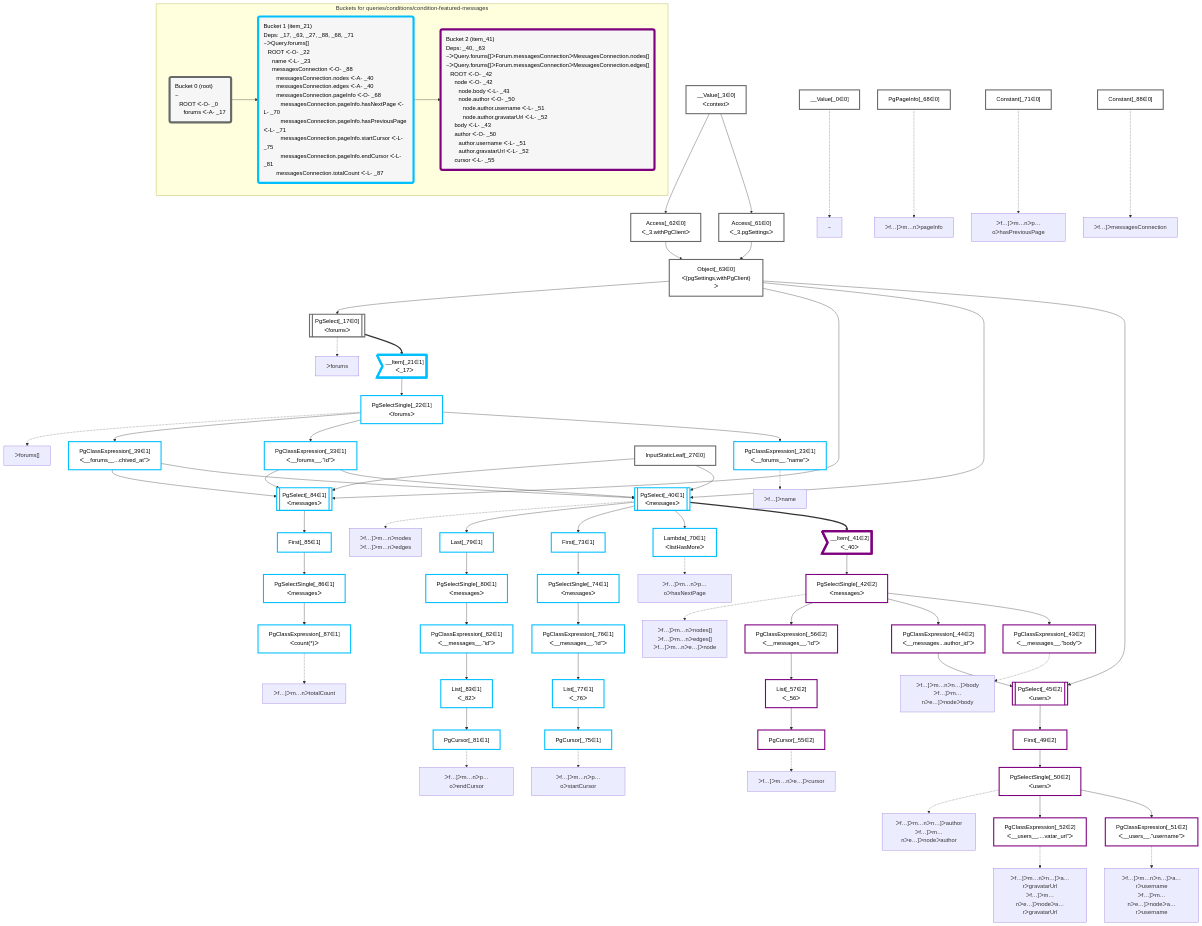
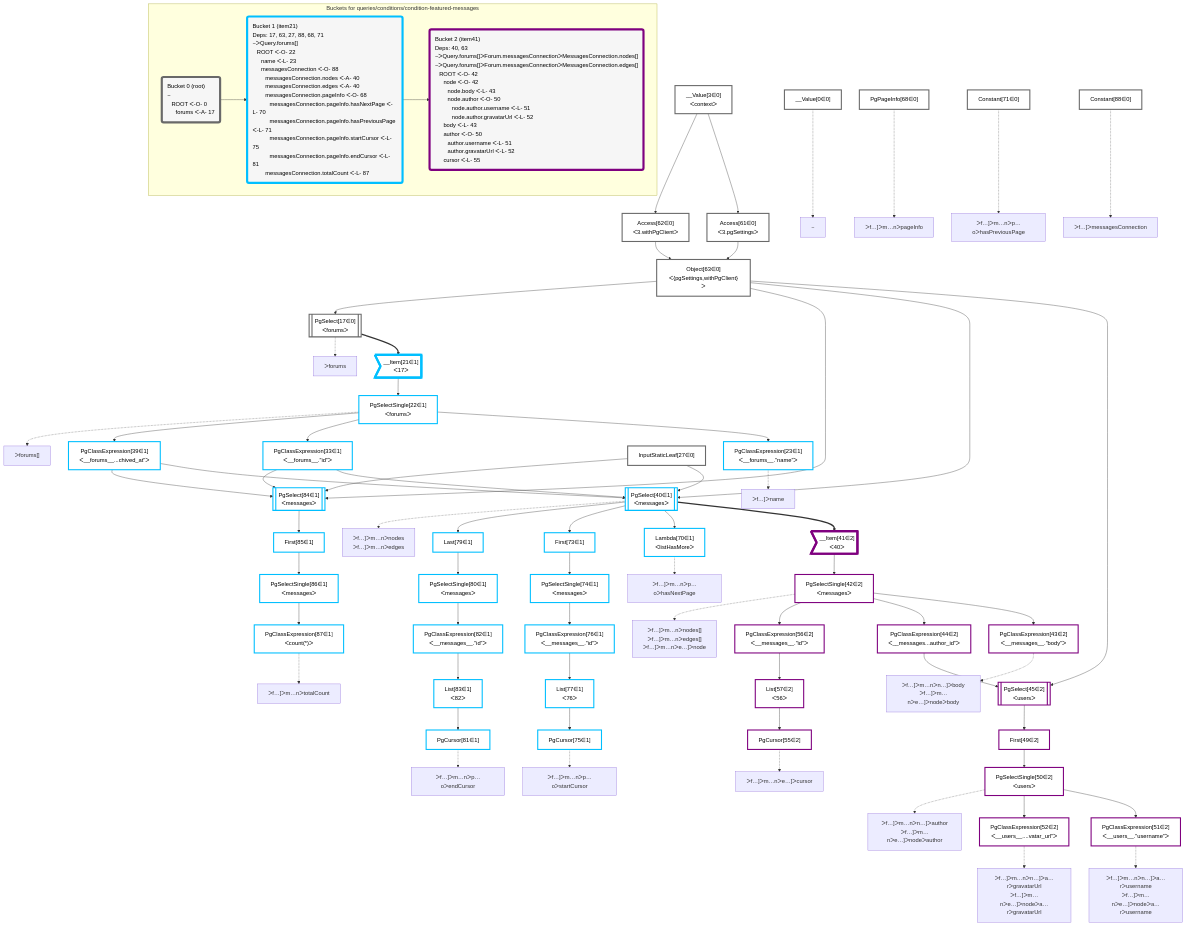
Before and after one commit to graphile/crystal: the diagram in packages/dataplan-pg/__tests__/queries/conditions/condition-featured-messages.deopt.mermaid.md, drawn with Mermaid. The commit also changed 195 other files, not shown here.

```diff
--- a/packages/dataplan-pg/__tests__/queries/conditions/condition-featured-messages.deopt.mermaid.md
+++ b/packages/dataplan-pg/__tests__/queries/conditions/condition-featured-messages.deopt.mermaid.md
@@ -8,137 +8,137 @@
 
 
     %% define plans
-    __Value_0["__Value[_0∈0]"]:::plan
-    PgClassExpression_23["PgClassExpression[_23∈1]<br />ᐸ__forums__.”name”ᐳ"]:::plan
-    PgClassExpression_43["PgClassExpression[_43∈2]<br />ᐸ__messages__.”body”ᐳ"]:::plan
-    PgClassExpression_51["PgClassExpression[_51∈2]<br />ᐸ__users__.”username”ᐳ"]:::plan
-    PgClassExpression_52["PgClassExpression[_52∈2]<br />ᐸ__users__....vatar_url”ᐳ"]:::plan
-    PgSelectSingle_50["PgSelectSingle[_50∈2]<br />ᐸusersᐳ"]:::plan
-    First_49["First[_49∈2]"]:::plan
-    PgSelect_45[["PgSelect[_45∈2]<br />ᐸusersᐳ"]]:::plan
-    PgClassExpression_44["PgClassExpression[_44∈2]<br />ᐸ__messages...author_id”ᐳ"]:::plan
-    PgCursor_55["PgCursor[_55∈2]"]:::plan
-    List_57["List[_57∈2]<br />ᐸ_56ᐳ"]:::plan
-    PgClassExpression_56["PgClassExpression[_56∈2]<br />ᐸ__messages__.”id”ᐳ"]:::plan
-    PgSelectSingle_42["PgSelectSingle[_42∈2]<br />ᐸmessagesᐳ"]:::plan
-    __Item_41>"__Item[_41∈2]<br />ᐸ_40ᐳ"]:::itemplan
-    Lambda_70["Lambda[_70∈1]<br />ᐸlistHasMoreᐳ"]:::plan
-    PgCursor_75["PgCursor[_75∈1]"]:::plan
-    List_77["List[_77∈1]<br />ᐸ_76ᐳ"]:::plan
-    PgClassExpression_76["PgClassExpression[_76∈1]<br />ᐸ__messages__.”id”ᐳ"]:::plan
-    PgSelectSingle_74["PgSelectSingle[_74∈1]<br />ᐸmessagesᐳ"]:::plan
-    First_73["First[_73∈1]"]:::plan
-    PgCursor_81["PgCursor[_81∈1]"]:::plan
-    List_83["List[_83∈1]<br />ᐸ_82ᐳ"]:::plan
-    PgClassExpression_82["PgClassExpression[_82∈1]<br />ᐸ__messages__.”id”ᐳ"]:::plan
-    PgSelectSingle_80["PgSelectSingle[_80∈1]<br />ᐸmessagesᐳ"]:::plan
-    Last_79["Last[_79∈1]"]:::plan
-    PgSelect_40[["PgSelect[_40∈1]<br />ᐸmessagesᐳ"]]:::plan
-    PgClassExpression_87["PgClassExpression[_87∈1]<br />ᐸcount(*)ᐳ"]:::plan
-    PgSelectSingle_86["PgSelectSingle[_86∈1]<br />ᐸmessagesᐳ"]:::plan
-    First_85["First[_85∈1]"]:::plan
-    PgSelect_84[["PgSelect[_84∈1]<br />ᐸmessagesᐳ"]]:::plan
-    PgClassExpression_33["PgClassExpression[_33∈1]<br />ᐸ__forums__.”id”ᐳ"]:::plan
-    PgClassExpression_39["PgClassExpression[_39∈1]<br />ᐸ__forums__...chived_at”ᐳ"]:::plan
-    PgSelectSingle_22["PgSelectSingle[_22∈1]<br />ᐸforumsᐳ"]:::plan
-    __Item_21>"__Item[_21∈1]<br />ᐸ_17ᐳ"]:::itemplan
-    PgSelect_17[["PgSelect[_17∈0]<br />ᐸforumsᐳ"]]:::plan
-    Object_63["Object[_63∈0]<br />ᐸ{pgSettings,withPgClient}ᐳ"]:::plan
-    Access_61["Access[_61∈0]<br />ᐸ_3.pgSettingsᐳ"]:::plan
-    Access_62["Access[_62∈0]<br />ᐸ_3.withPgClientᐳ"]:::plan
-    __Value_3["__Value[_3∈0]<br />ᐸcontextᐳ"]:::plan
-    InputStaticLeaf_27["InputStaticLeaf[_27∈0]"]:::plan
-    Constant_88["Constant[_88∈0]"]:::plan
-    PgPageInfo_68["PgPageInfo[_68∈0]"]:::plan
-    Constant_71["Constant[_71∈0]"]:::plan
+    __Value0["__Value[0∈0]"]:::plan
+    PgClassExpression23["PgClassExpression[23∈1]<br />ᐸ__forums__.”name”ᐳ"]:::plan
+    PgClassExpression43["PgClassExpression[43∈2]<br />ᐸ__messages__.”body”ᐳ"]:::plan
+    PgClassExpression51["PgClassExpression[51∈2]<br />ᐸ__users__.”username”ᐳ"]:::plan
+    PgClassExpression52["PgClassExpression[52∈2]<br />ᐸ__users__....vatar_url”ᐳ"]:::plan
+    PgSelectSingle50["PgSelectSingle[50∈2]<br />ᐸusersᐳ"]:::plan
+    First49["First[49∈2]"]:::plan
+    PgSelect45[["PgSelect[45∈2]<br />ᐸusersᐳ"]]:::plan
+    PgClassExpression44["PgClassExpression[44∈2]<br />ᐸ__messages...author_id”ᐳ"]:::plan
+    PgCursor55["PgCursor[55∈2]"]:::plan
+    List57["List[57∈2]<br />ᐸ56ᐳ"]:::plan
+    PgClassExpression56["PgClassExpression[56∈2]<br />ᐸ__messages__.”id”ᐳ"]:::plan
+    PgSelectSingle42["PgSelectSingle[42∈2]<br />ᐸmessagesᐳ"]:::plan
+    __Item41>"__Item[41∈2]<br />ᐸ40ᐳ"]:::itemplan
+    Lambda70["Lambda[70∈1]<br />ᐸlistHasMoreᐳ"]:::plan
+    PgCursor75["PgCursor[75∈1]"]:::plan
+    List77["List[77∈1]<br />ᐸ76ᐳ"]:::plan
+    PgClassExpression76["PgClassExpression[76∈1]<br />ᐸ__messages__.”id”ᐳ"]:::plan
+    PgSelectSingle74["PgSelectSingle[74∈1]<br />ᐸmessagesᐳ"]:::plan
+    First73["First[73∈1]"]:::plan
+    PgCursor81["PgCursor[81∈1]"]:::plan
+    List83["List[83∈1]<br />ᐸ82ᐳ"]:::plan
+    PgClassExpression82["PgClassExpression[82∈1]<br />ᐸ__messages__.”id”ᐳ"]:::plan
+    PgSelectSingle80["PgSelectSingle[80∈1]<br />ᐸmessagesᐳ"]:::plan
+    Last79["Last[79∈1]"]:::plan
+    PgSelect40[["PgSelect[40∈1]<br />ᐸmessagesᐳ"]]:::plan
+    PgClassExpression87["PgClassExpression[87∈1]<br />ᐸcount(*)ᐳ"]:::plan
+    PgSelectSingle86["PgSelectSingle[86∈1]<br />ᐸmessagesᐳ"]:::plan
+    First85["First[85∈1]"]:::plan
+    PgSelect84[["PgSelect[84∈1]<br />ᐸmessagesᐳ"]]:::plan
+    PgClassExpression33["PgClassExpression[33∈1]<br />ᐸ__forums__.”id”ᐳ"]:::plan
+    PgClassExpression39["PgClassExpression[39∈1]<br />ᐸ__forums__...chived_at”ᐳ"]:::plan
+    PgSelectSingle22["PgSelectSingle[22∈1]<br />ᐸforumsᐳ"]:::plan
+    __Item21>"__Item[21∈1]<br />ᐸ17ᐳ"]:::itemplan
+    PgSelect17[["PgSelect[17∈0]<br />ᐸforumsᐳ"]]:::plan
+    Object63["Object[63∈0]<br />ᐸ{pgSettings,withPgClient}ᐳ"]:::plan
+    Access61["Access[61∈0]<br />ᐸ3.pgSettingsᐳ"]:::plan
+    Access62["Access[62∈0]<br />ᐸ3.withPgClientᐳ"]:::plan
+    __Value3["__Value[3∈0]<br />ᐸcontextᐳ"]:::plan
+    InputStaticLeaf27["InputStaticLeaf[27∈0]"]:::plan
+    Constant88["Constant[88∈0]"]:::plan
+    PgPageInfo68["PgPageInfo[68∈0]"]:::plan
+    Constant71["Constant[71∈0]"]:::plan
 
     %% plan dependencies
-    PgSelectSingle_22 --> PgClassExpression_23
-    PgSelectSingle_42 --> PgClassExpression_43
-    PgSelectSingle_50 --> PgClassExpression_51
-    PgSelectSingle_50 --> PgClassExpression_52
-    First_49 --> PgSelectSingle_50
-    PgSelect_45 --> First_49
-    Object_63 & PgClassExpression_44 --> PgSelect_45
-    PgSelectSingle_42 --> PgClassExpression_44
-    List_57 --> PgCursor_55
-    PgClassExpression_56 --> List_57
-    PgSelectSingle_42 --> PgClassExpression_56
-    __Item_41 --> PgSelectSingle_42
-    PgSelect_40 ==> __Item_41
-    PgSelect_40 --> Lambda_70
-    List_77 --> PgCursor_75
-    PgClassExpression_76 --> List_77
-    PgSelectSingle_74 --> PgClassExpression_76
-    First_73 --> PgSelectSingle_74
-    PgSelect_40 --> First_73
-    List_83 --> PgCursor_81
-    PgClassExpression_82 --> List_83
-    PgSelectSingle_80 --> PgClassExpression_82
-    Last_79 --> PgSelectSingle_80
-    PgSelect_40 --> Last_79
-    Object_63 & PgClassExpression_33 & InputStaticLeaf_27 & PgClassExpression_39 --> PgSelect_40
-    PgSelectSingle_86 --> PgClassExpression_87
-    First_85 --> PgSelectSingle_86
-    PgSelect_84 --> First_85
-    Object_63 & PgClassExpression_33 & InputStaticLeaf_27 & PgClassExpression_39 --> PgSelect_84
-    PgSelectSingle_22 --> PgClassExpression_33
-    PgSelectSingle_22 --> PgClassExpression_39
-    __Item_21 --> PgSelectSingle_22
-    PgSelect_17 ==> __Item_21
-    Object_63 --> PgSelect_17
-    Access_61 & Access_62 --> Object_63
-    __Value_3 --> Access_61
-    __Value_3 --> Access_62
+    PgSelectSingle22 --> PgClassExpression23
+    PgSelectSingle42 --> PgClassExpression43
+    PgSelectSingle50 --> PgClassExpression51
+    PgSelectSingle50 --> PgClassExpression52
+    First49 --> PgSelectSingle50
+    PgSelect45 --> First49
+    Object63 & PgClassExpression44 --> PgSelect45
+    PgSelectSingle42 --> PgClassExpression44
+    List57 --> PgCursor55
+    PgClassExpression56 --> List57
+    PgSelectSingle42 --> PgClassExpression56
+    __Item41 --> PgSelectSingle42
+    PgSelect40 ==> __Item41
+    PgSelect40 --> Lambda70
+    List77 --> PgCursor75
+    PgClassExpression76 --> List77
+    PgSelectSingle74 --> PgClassExpression76
+    First73 --> PgSelectSingle74
+    PgSelect40 --> First73
+    List83 --> PgCursor81
+    PgClassExpression82 --> List83
+    PgSelectSingle80 --> PgClassExpression82
+    Last79 --> PgSelectSingle80
+    PgSelect40 --> Last79
+    Object63 & PgClassExpression33 & InputStaticLeaf27 & PgClassExpression39 --> PgSelect40
+    PgSelectSingle86 --> PgClassExpression87
+    First85 --> PgSelectSingle86
+    PgSelect84 --> First85
+    Object63 & PgClassExpression33 & InputStaticLeaf27 & PgClassExpression39 --> PgSelect84
+    PgSelectSingle22 --> PgClassExpression33
+    PgSelectSingle22 --> PgClassExpression39
+    __Item21 --> PgSelectSingle22
+    PgSelect17 ==> __Item21
+    Object63 --> PgSelect17
+    Access61 & Access62 --> Object63
+    __Value3 --> Access61
+    __Value3 --> Access62
 
     %% plan-to-path relationships
-    P_0["~"]
-    __Value_0 -.-> P_0
-    P_17["ᐳforums"]
-    PgSelect_17 -.-> P_17
-    P_22["ᐳforums[]"]
-    PgSelectSingle_22 -.-> P_22
-    P_23["ᐳf…]ᐳname"]
-    PgClassExpression_23 -.-> P_23
-    P_40["ᐳf…]ᐳm…nᐳnodes<br />ᐳf…]ᐳm…nᐳedges"]
-    PgSelect_40 -.-> P_40
-    P_42["ᐳf…]ᐳm…nᐳnodes[]<br />ᐳf…]ᐳm…nᐳedges[]<br />ᐳf…]ᐳm…nᐳe…]ᐳnode"]
-    PgSelectSingle_42 -.-> P_42
-    P_43["ᐳf…]ᐳm…nᐳn…]ᐳbody<br />ᐳf…]ᐳm…nᐳe…]ᐳnodeᐳbody"]
-    PgClassExpression_43 -.-> P_43
-    P_50["ᐳf…]ᐳm…nᐳn…]ᐳauthor<br />ᐳf…]ᐳm…nᐳe…]ᐳnodeᐳauthor"]
-    PgSelectSingle_50 -.-> P_50
-    P_51["ᐳf…]ᐳm…nᐳn…]ᐳa…rᐳusername<br />ᐳf…]ᐳm…nᐳe…]ᐳnodeᐳa…rᐳusername"]
-    PgClassExpression_51 -.-> P_51
-    P_52["ᐳf…]ᐳm…nᐳn…]ᐳa…rᐳgravatarUrl<br />ᐳf…]ᐳm…nᐳe…]ᐳnodeᐳa…rᐳgravatarUrl"]
-    PgClassExpression_52 -.-> P_52
-    P_55["ᐳf…]ᐳm…nᐳe…]ᐳcursor"]
-    PgCursor_55 -.-> P_55
-    P_68["ᐳf…]ᐳm…nᐳpageInfo"]
-    PgPageInfo_68 -.-> P_68
-    P_70["ᐳf…]ᐳm…nᐳp…oᐳhasNextPage"]
-    Lambda_70 -.-> P_70
-    P_71["ᐳf…]ᐳm…nᐳp…oᐳhasPreviousPage"]
-    Constant_71 -.-> P_71
-    P_75["ᐳf…]ᐳm…nᐳp…oᐳstartCursor"]
-    PgCursor_75 -.-> P_75
-    P_81["ᐳf…]ᐳm…nᐳp…oᐳendCursor"]
-    PgCursor_81 -.-> P_81
-    P_87["ᐳf…]ᐳm…nᐳtotalCount"]
-    PgClassExpression_87 -.-> P_87
-    P_88["ᐳf…]ᐳmessagesConnection"]
-    Constant_88 -.-> P_88
+    P0["~"]
+    __Value0 -.-> P0
+    P17["ᐳforums"]
+    PgSelect17 -.-> P17
+    P22["ᐳforums[]"]
+    PgSelectSingle22 -.-> P22
+    P23["ᐳf…]ᐳname"]
+    PgClassExpression23 -.-> P23
+    P40["ᐳf…]ᐳm…nᐳnodes<br />ᐳf…]ᐳm…nᐳedges"]
+    PgSelect40 -.-> P40
+    P42["ᐳf…]ᐳm…nᐳnodes[]<br />ᐳf…]ᐳm…nᐳedges[]<br />ᐳf…]ᐳm…nᐳe…]ᐳnode"]
+    PgSelectSingle42 -.-> P42
+    P43["ᐳf…]ᐳm…nᐳn…]ᐳbody<br />ᐳf…]ᐳm…nᐳe…]ᐳnodeᐳbody"]
+    PgClassExpression43 -.-> P43
+    P50["ᐳf…]ᐳm…nᐳn…]ᐳauthor<br />ᐳf…]ᐳm…nᐳe…]ᐳnodeᐳauthor"]
+    PgSelectSingle50 -.-> P50
+    P51["ᐳf…]ᐳm…nᐳn…]ᐳa…rᐳusername<br />ᐳf…]ᐳm…nᐳe…]ᐳnodeᐳa…rᐳusername"]
+    PgClassExpression51 -.-> P51
+    P52["ᐳf…]ᐳm…nᐳn…]ᐳa…rᐳgravatarUrl<br />ᐳf…]ᐳm…nᐳe…]ᐳnodeᐳa…rᐳgravatarUrl"]
+    PgClassExpression52 -.-> P52
+    P55["ᐳf…]ᐳm…nᐳe…]ᐳcursor"]
+    PgCursor55 -.-> P55
+    P68["ᐳf…]ᐳm…nᐳpageInfo"]
+    PgPageInfo68 -.-> P68
+    P70["ᐳf…]ᐳm…nᐳp…oᐳhasNextPage"]
+    Lambda70 -.-> P70
+    P71["ᐳf…]ᐳm…nᐳp…oᐳhasPreviousPage"]
+    Constant71 -.-> P71
+    P75["ᐳf…]ᐳm…nᐳp…oᐳstartCursor"]
+    PgCursor75 -.-> P75
+    P81["ᐳf…]ᐳm…nᐳp…oᐳendCursor"]
+    PgCursor81 -.-> P81
+    P87["ᐳf…]ᐳm…nᐳtotalCount"]
+    PgClassExpression87 -.-> P87
+    P88["ᐳf…]ᐳmessagesConnection"]
+    Constant88 -.-> P88
 
     subgraph "Buckets for queries/conditions/condition-featured-messages"
-    Bucket0("Bucket 0 (root)<br />~<br />⠀ROOT ᐸ-O- _0<br />⠀⠀forums ᐸ-A- _17"):::bucket
+    Bucket0("Bucket 0 (root)<br />~<br />⠀ROOT ᐸ-O- 0<br />⠀⠀forums ᐸ-A- 17"):::bucket
     classDef bucket0 stroke:#696969
-    class Bucket0,__Value_0,__Value_3,PgSelect_17,InputStaticLeaf_27,Access_61,Access_62,Object_63,PgPageInfo_68,Constant_71,Constant_88 bucket0
-    Bucket1("Bucket 1 (item_21)<br />Deps: _17, _63, _27, _88, _68, _71<br />~ᐳQuery.forums[]<br />⠀ROOT ᐸ-O- _22<br />⠀⠀name ᐸ-L- _23<br />⠀⠀messagesConnection ᐸ-O- _88<br />⠀⠀⠀messagesConnection.nodes ᐸ-A- _40<br />⠀⠀⠀messagesConnection.edges ᐸ-A- _40<br />⠀⠀⠀messagesConnection.pageInfo ᐸ-O- _68<br />⠀⠀⠀⠀messagesConnection.pageInfo.hasNextPage ᐸ-L- _70<br />⠀⠀⠀⠀messagesConnection.pageInfo.hasPreviousPage ᐸ-L- _71<br />⠀⠀⠀⠀messagesConnection.pageInfo.startCursor ᐸ-L- _75<br />⠀⠀⠀⠀messagesConnection.pageInfo.endCursor ᐸ-L- _81<br />⠀⠀⠀messagesConnection.totalCount ᐸ-L- _87"):::bucket
+    class Bucket0,__Value0,__Value3,PgSelect17,InputStaticLeaf27,Access61,Access62,Object63,PgPageInfo68,Constant71,Constant88 bucket0
+    Bucket1("Bucket 1 (item21)<br />Deps: 17, 63, 27, 88, 68, 71<br />~ᐳQuery.forums[]<br />⠀ROOT ᐸ-O- 22<br />⠀⠀name ᐸ-L- 23<br />⠀⠀messagesConnection ᐸ-O- 88<br />⠀⠀⠀messagesConnection.nodes ᐸ-A- 40<br />⠀⠀⠀messagesConnection.edges ᐸ-A- 40<br />⠀⠀⠀messagesConnection.pageInfo ᐸ-O- 68<br />⠀⠀⠀⠀messagesConnection.pageInfo.hasNextPage ᐸ-L- 70<br />⠀⠀⠀⠀messagesConnection.pageInfo.hasPreviousPage ᐸ-L- 71<br />⠀⠀⠀⠀messagesConnection.pageInfo.startCursor ᐸ-L- 75<br />⠀⠀⠀⠀messagesConnection.pageInfo.endCursor ᐸ-L- 81<br />⠀⠀⠀messagesConnection.totalCount ᐸ-L- 87"):::bucket
     classDef bucket1 stroke:#00bfff
-    class Bucket1,__Item_21,PgSelectSingle_22,PgClassExpression_23,PgClassExpression_33,PgClassExpression_39,PgSelect_40,Lambda_70,First_73,PgSelectSingle_74,PgCursor_75,PgClassExpression_76,List_77,Last_79,PgSelectSingle_80,PgCursor_81,PgClassExpression_82,List_83,PgSelect_84,First_85,PgSelectSingle_86,PgClassExpression_87 bucket1
-    Bucket2("Bucket 2 (item_41)<br />Deps: _40, _63<br />~ᐳQuery.forums[]ᐳForum.messagesConnectionᐳMessagesConnection.nodes[]<br />~ᐳQuery.forums[]ᐳForum.messagesConnectionᐳMessagesConnection.edges[]<br />⠀ROOT ᐸ-O- _42<br />⠀⠀node ᐸ-O- _42<br />⠀⠀⠀node.body ᐸ-L- _43<br />⠀⠀⠀node.author ᐸ-O- _50<br />⠀⠀⠀⠀node.author.username ᐸ-L- _51<br />⠀⠀⠀⠀node.author.gravatarUrl ᐸ-L- _52<br />⠀⠀body ᐸ-L- _43<br />⠀⠀author ᐸ-O- _50<br />⠀⠀⠀author.username ᐸ-L- _51<br />⠀⠀⠀author.gravatarUrl ᐸ-L- _52<br />⠀⠀cursor ᐸ-L- _55"):::bucket
+    class Bucket1,__Item21,PgSelectSingle22,PgClassExpression23,PgClassExpression33,PgClassExpression39,PgSelect40,Lambda70,First73,PgSelectSingle74,PgCursor75,PgClassExpression76,List77,Last79,PgSelectSingle80,PgCursor81,PgClassExpression82,List83,PgSelect84,First85,PgSelectSingle86,PgClassExpression87 bucket1
+    Bucket2("Bucket 2 (item41)<br />Deps: 40, 63<br />~ᐳQuery.forums[]ᐳForum.messagesConnectionᐳMessagesConnection.nodes[]<br />~ᐳQuery.forums[]ᐳForum.messagesConnectionᐳMessagesConnection.edges[]<br />⠀ROOT ᐸ-O- 42<br />⠀⠀node ᐸ-O- 42<br />⠀⠀⠀node.body ᐸ-L- 43<br />⠀⠀⠀node.author ᐸ-O- 50<br />⠀⠀⠀⠀node.author.username ᐸ-L- 51<br />⠀⠀⠀⠀node.author.gravatarUrl ᐸ-L- 52<br />⠀⠀body ᐸ-L- 43<br />⠀⠀author ᐸ-O- 50<br />⠀⠀⠀author.username ᐸ-L- 51<br />⠀⠀⠀author.gravatarUrl ᐸ-L- 52<br />⠀⠀cursor ᐸ-L- 55"):::bucket
     classDef bucket2 stroke:#7f007f
-    class Bucket2,__Item_41,PgSelectSingle_42,PgClassExpression_43,PgClassExpression_44,PgSelect_45,First_49,PgSelectSingle_50,PgClassExpression_51,PgClassExpression_52,PgCursor_55,PgClassExpression_56,List_57 bucket2
+    class Bucket2,__Item41,PgSelectSingle42,PgClassExpression43,PgClassExpression44,PgSelect45,First49,PgSelectSingle50,PgClassExpression51,PgClassExpression52,PgCursor55,PgClassExpression56,List57 bucket2
     Bucket0 --> Bucket1
     Bucket1 --> Bucket2
     end
```
